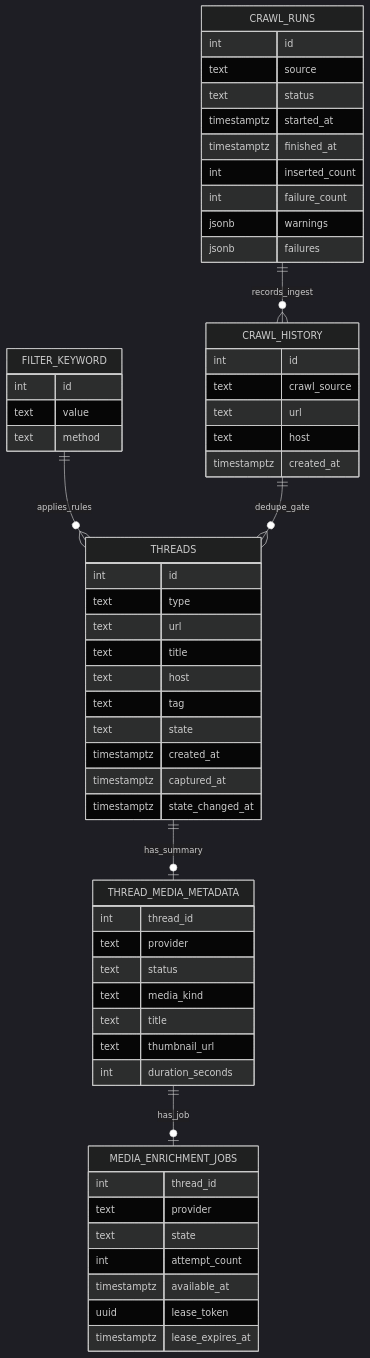
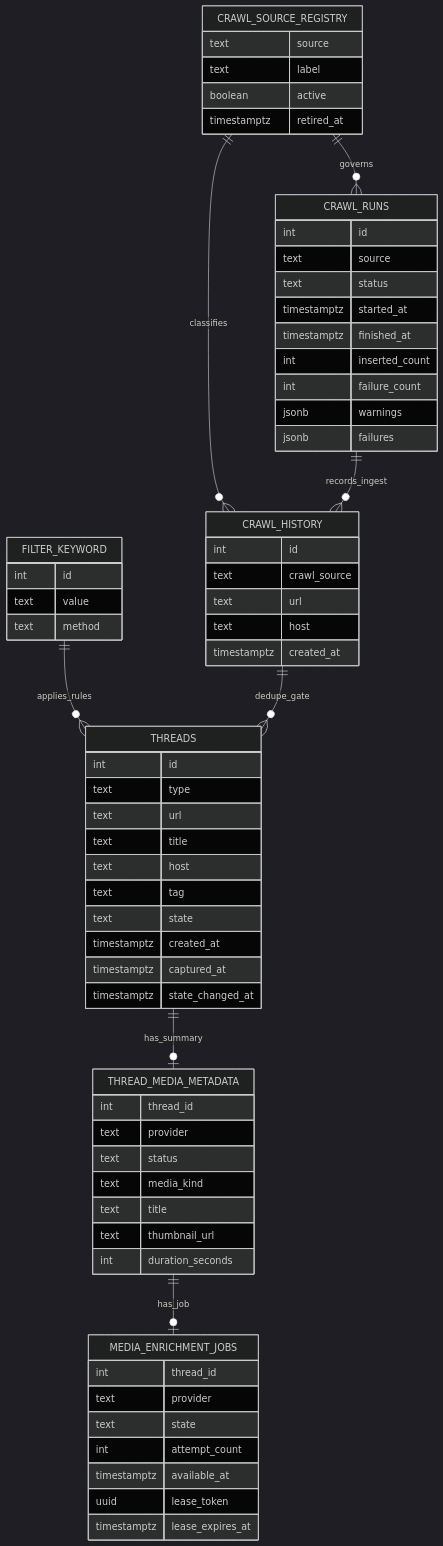
The diagram in README.md (rlatmfrl24/applemint-v3), drawn with Mermaid (dark theme) before and after one commit. The commit also changed other lines of this file and 33 other files, not shown here.

First line of the commit message:
feat(crawl): use crawl source registry (#172)

````diff
--- a/README.md
+++ b/README.md
@@ -96,67 +97,76 @@
 ```mermaid
 erDiagram
     FILTER_KEYWORD {
       int id
       text value
       text method
     }
 
     CRAWL_HISTORY {
       int id
       text crawl_source
       text url
       text host
       timestamptz created_at
     }
 
     CRAWL_RUNS {
       int id
       text source
       text status
       timestamptz started_at
       timestamptz finished_at
       int inserted_count
       int failure_count
       jsonb warnings
       jsonb failures
+    }
+
+    CRAWL_SOURCE_REGISTRY {
+      text source
+      text label
+      boolean active
+      timestamptz retired_at
     }
 
     THREADS {
       int id
       text type
       text url
       text title
       text host
       text tag
       text state
       timestamptz created_at
       timestamptz captured_at
       timestamptz state_changed_at
     }
 
     THREAD_MEDIA_METADATA {
       int thread_id
       text provider
       text status
       text media_kind
       text title
       text thumbnail_url
       int duration_seconds
     }
 
     MEDIA_ENRICHMENT_JOBS {
       int thread_id
       text provider
       text state
       int attempt_count
       timestamptz available_at
       uuid lease_token
       timestamptz lease_expires_at
     }
 
     FILTER_KEYWORD ||--o{ THREADS : applies_rules
     CRAWL_HISTORY ||--o{ THREADS : dedupe_gate
+    CRAWL_SOURCE_REGISTRY ||--o{ CRAWL_HISTORY : classifies
+    CRAWL_SOURCE_REGISTRY ||--o{ CRAWL_RUNS : governs
     CRAWL_RUNS ||--o{ CRAWL_HISTORY : records_ingest
     THREADS ||--o| THREAD_MEDIA_METADATA : has_summary
     THREAD_MEDIA_METADATA ||--o| MEDIA_ENRICHMENT_JOBS : has_job
 ```
````
